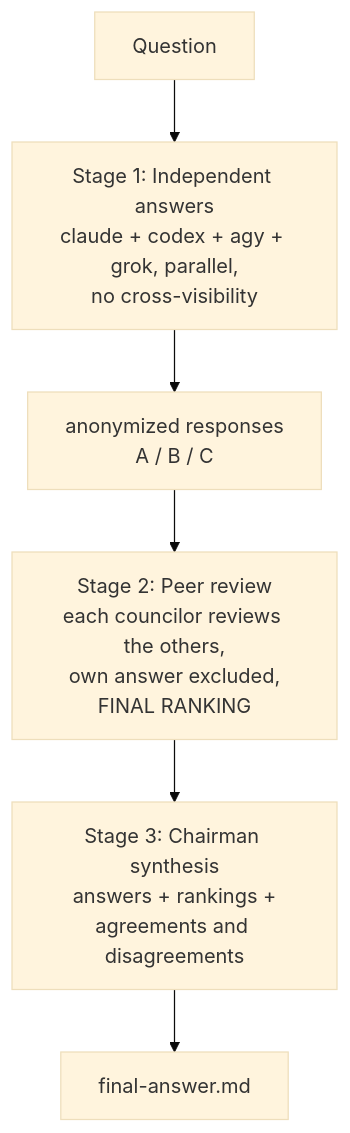
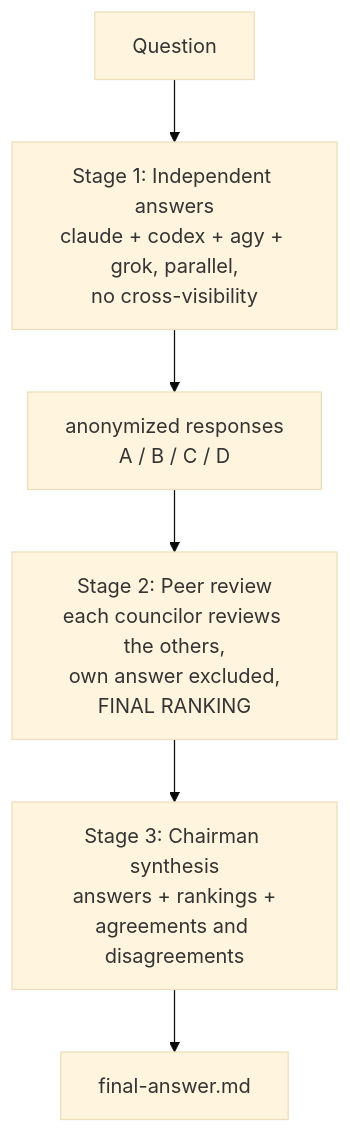
Before and after one commit to epicsagas/council: the diagram in README.md, drawn with Mermaid (base theme). The commit also changed other lines of this file, not shown here.

Commit message:
docs: sync README with four-councilor flow and degradation wording (#7)

````diff
--- a/README.md
+++ b/README.md
@@ -17,8 +17,8 @@
 ```mermaid
 flowchart TD
     Q["Question"] --> S1["Stage 1: Independent answers<br/>claude + codex + agy + grok, parallel,<br/>no cross-visibility"]
-    S1 --> A["anonymized responses<br/>A / B / C"]
+    S1 --> A["anonymized responses<br/>A / B / C / D"]
     A --> S2["Stage 2: Peer review<br/>each councilor reviews the others,<br/>own answer excluded,<br/>FINAL RANKING"]
     S2 --> S3["Stage 3: Chairman synthesis<br/>answers + rankings +<br/>agreements and disagreements"]
     S3 --> F["final-answer.md"]
 ```
````
